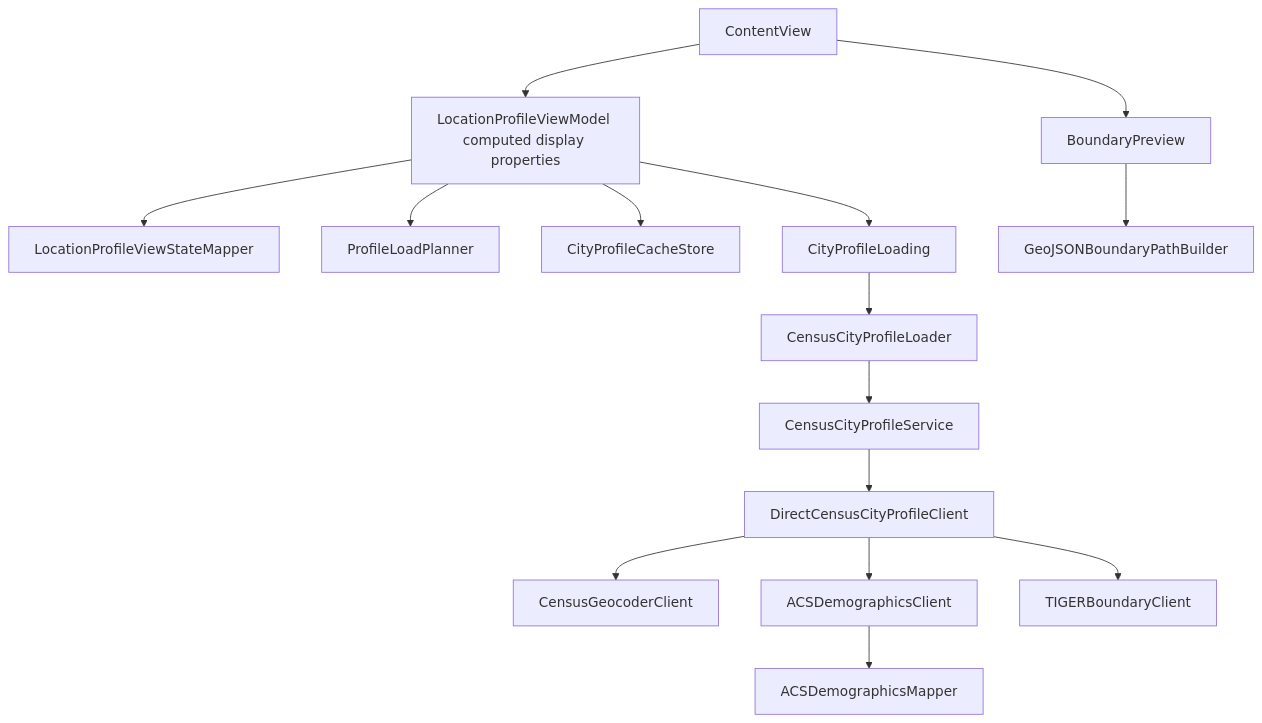
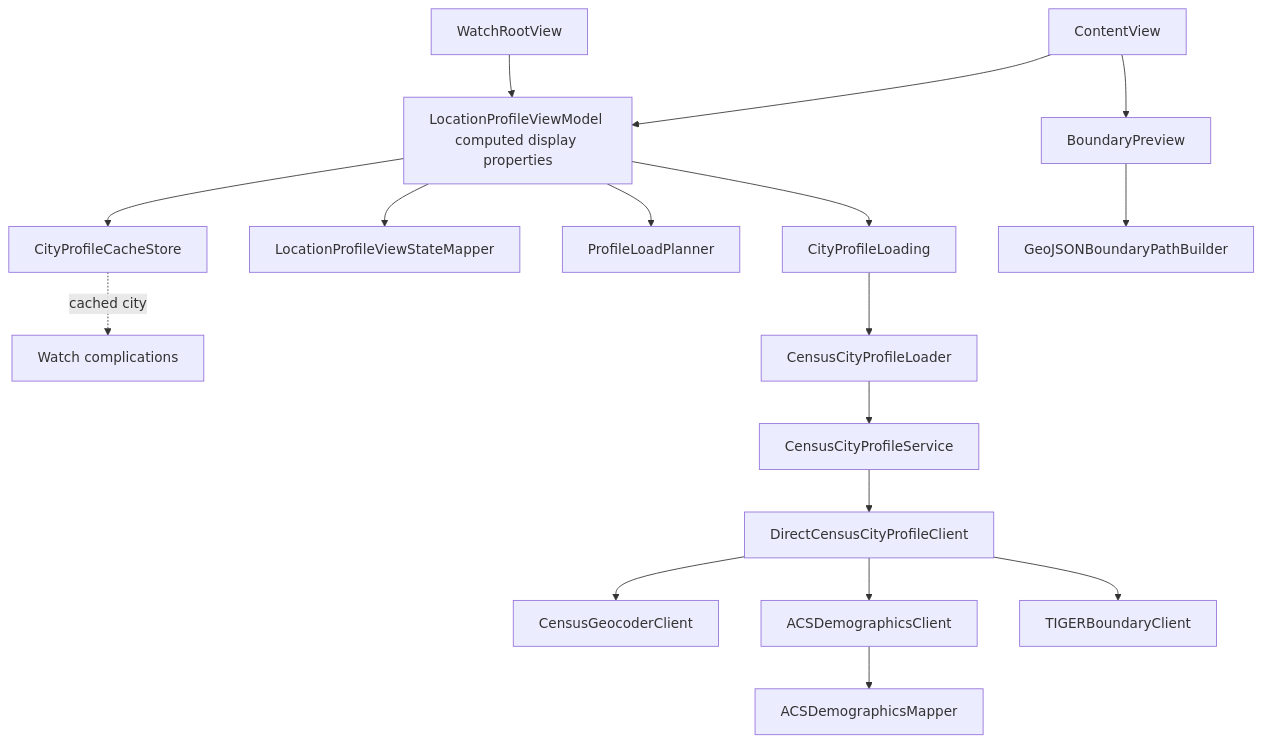
The diagram in README.md (ChrisMahlke/lociq), drawn with Mermaid before and after one commit. The commit also changed other lines of this file and 94 other files, not shown here.

````diff
--- a/README.md
+++ b/README.md
@@ -55,17 +83,19 @@
 ```mermaid
 flowchart TD
     A[ContentView] --> B[LocationProfileViewModel computed display properties]
+    W[WatchRootView] --> B
+    D -.cached city.-> X[Watch complications]
     B --> C[LocationProfileViewStateMapper]
     B --> P[ProfileLoadPlanner]
     B --> D[CityProfileCacheStore]
     B --> E[CityProfileLoading]
     E --> F[CensusCityProfileLoader]
     F --> G[CensusCityProfileService]
     G --> H[DirectCensusCityProfileClient]
     H --> I[CensusGeocoderClient]
     H --> J[ACSDemographicsClient]
     H --> K[TIGERBoundaryClient]
     J --> L[ACSDemographicsMapper]
     A --> M[BoundaryPreview]
     M --> N[GeoJSONBoundaryPathBuilder]
 ```
````
